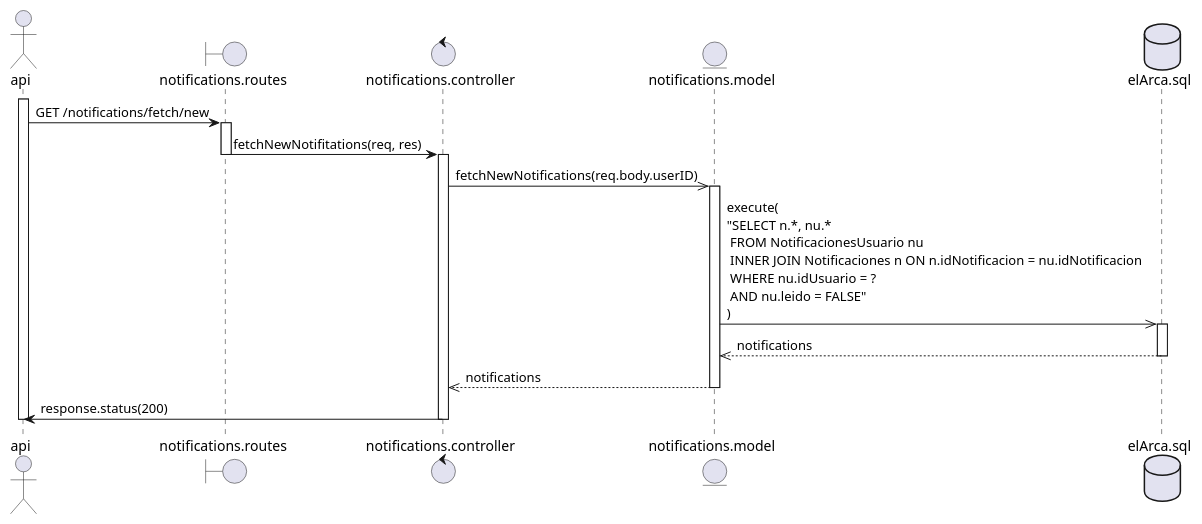
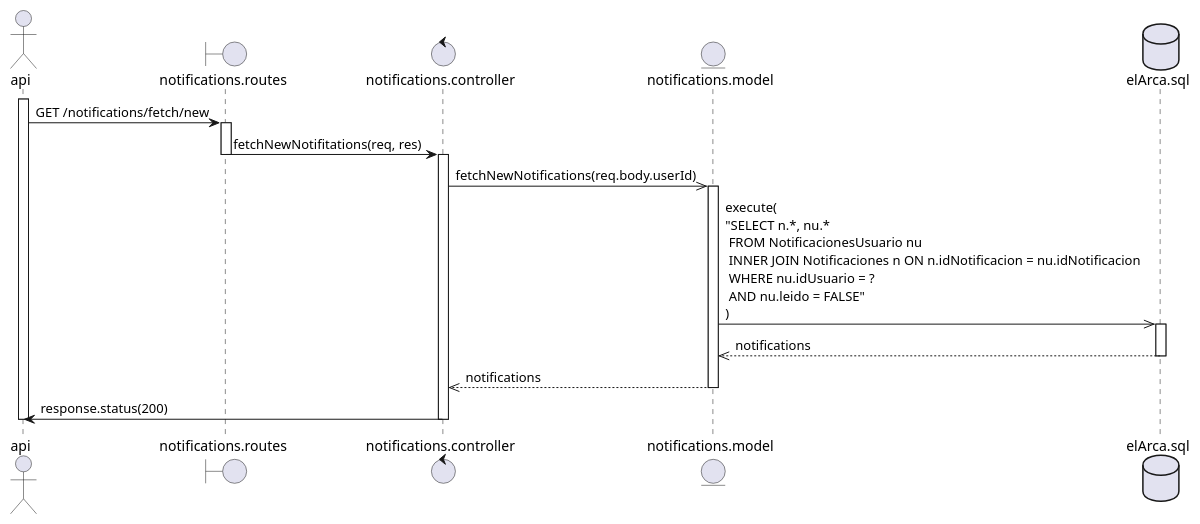
One commit to OlimpoHub/backend changed the diagram in Diagrams/fetchNewNotifications.puml. Above: the diagram before and after it, drawn with PlantUML. The commit also changed 6 other files, not shown here.

```diff
--- a/Diagrams/fetchNewNotifications.puml
+++ b/Diagrams/fetchNewNotifications.puml
@@ -1,36 +1,36 @@
 @startuml
 actor api
 boundary notifications.routes as routes
 control notifications.controller as controller
 entity notifications.model as model
 database elArca.sql as db
 
 activate api
 api -> routes: GET /notifications/fetch/new
 
 activate routes
 routes -> controller: fetchNewNotifitations(req, res)
 deactivate routes
 
 activate controller
 
-controller ->> model: fetchNewNotifications(req.body.userID)
+controller ->> model: fetchNewNotifications(req.body.userId)
 activate model
 
 model ->> db: execute(\n"SELECT n.*, nu.* \n FROM NotificacionesUsuario nu \n INNER JOIN Notificaciones n ON n.idNotificacion = nu.idNotificacion \n WHERE nu.idUsuario = ? \n AND nu.leido = FALSE"\n)
 
 activate db
 
 db -->> model: notifications
 deactivate db
 
 model -->> controller: notifications
 deactivate model
 
 controller -> api: response.status(200)
 
 deactivate controller
 
 deactivate api
 
 @enduml
```
